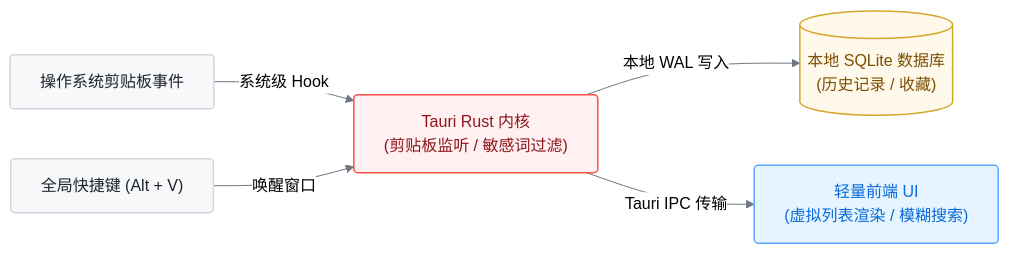
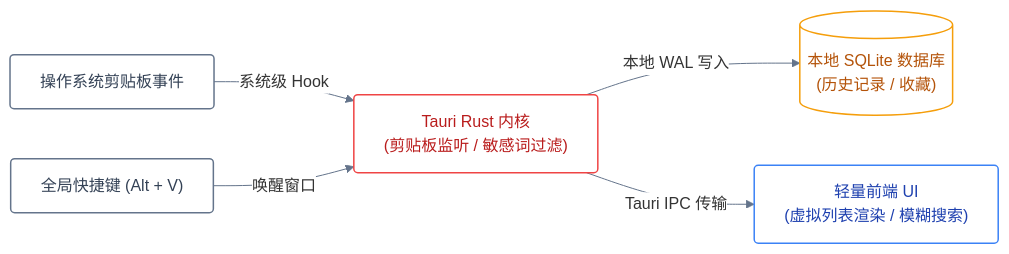
One commit to s1oopX/clipmaster-tauri changed the diagram in README.md. Above: the diagram before and after it, drawn with Mermaid. The commit also changed other lines of this file, not shown here.

Commit message:
docs: overhaul architecture diagram to pure-white, box-free modern styling

````diff
--- a/README.md
+++ b/README.md
@@ -47,15 +47,13 @@
 ```mermaid
-%%{init: {'theme': 'neutral', 'themeVariables': { 'clusterBkg': '#ffffff', 'clusterBorder': '#d0d7de', 'primaryColor': '#f6f8fa', 'primaryBorderColor': '#d0d7de', 'lineColor': '#6e7681' }}}%%
+%%{init: {'theme': 'base', 'themeVariables': { 'edgeLabelBackground': '#ffffff', 'mainBkg': '#ffffff', 'lineColor': '#64748b' }}}%%
 flowchart LR
-    classDef os fill:#f6f8fa,stroke:#d0d7de,stroke-width:1.5px,color:#1f2328,rx:4px,ry:4px;
-    classDef rust fill:#fff0f2,stroke:#f85149,stroke-width:1.5px,color:#8e1519,rx:4px,ry:4px;
-    classDef ui fill:#e6f4ff,stroke:#58a6ff,stroke-width:1.5px,color:#0969da,rx:4px,ry:4px;
-    classDef db fill:#fff9eb,stroke:#d4a72c,stroke-width:1.5px,color:#7d4e00,rx:4px,ry:4px;
+    classDef os fill:#ffffff,stroke:#64748b,stroke-width:1.5px,color:#334155,rx:4px,ry:4px;
+    classDef rust fill:#ffffff,stroke:#ef4444,stroke-width:1.5px,color:#b91c1c,rx:4px,ry:4px;
+    classDef ui fill:#ffffff,stroke:#3b82f6,stroke-width:1.5px,color:#1e40af,rx:4px,ry:4px;
+    classDef db fill:#ffffff,stroke:#f59e0b,stroke-width:1.5px,color:#b45309,rx:4px,ry:4px;
 
     OS["操作系统剪贴板事件"]:::os -->|"系统级 Hook"| CORE["Tauri Rust 内核<br/>(剪贴板监听 / 敏感词过滤)"]:::rust
-    
     CORE -->|"本地 WAL 写入"| DB[("本地 SQLite 数据库<br/>(历史记录 / 收藏)")]:::db
-    
     HOTKEY["全局快捷键 (Alt + V)"]:::os -->|"唤醒窗口"| CORE
     CORE -->|"Tauri IPC 传输"| UI["轻量前端 UI<br/>(虚拟列表渲染 / 模糊搜索)"]:::ui
 ```
````
